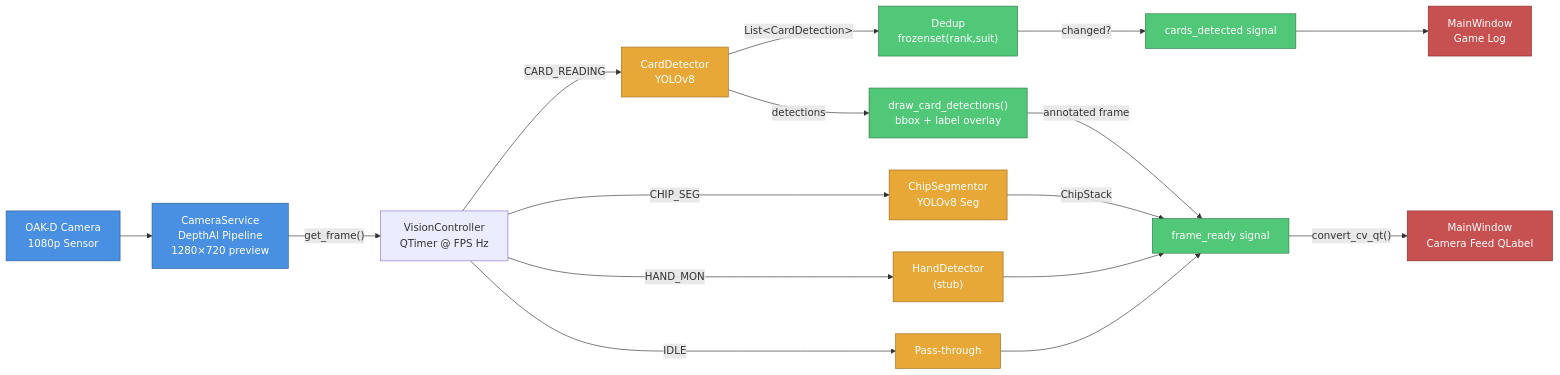
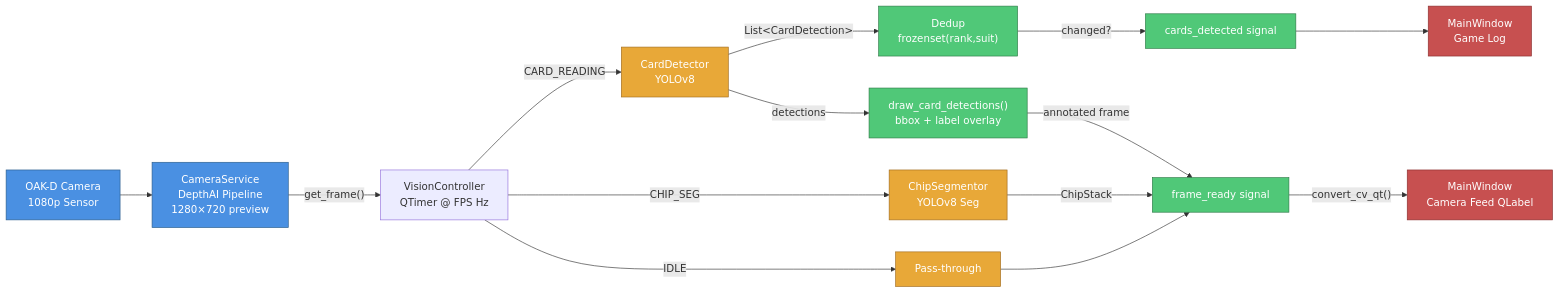
Before and after one commit to jalliet/prap-25-26: the diagram in docs/diagrams/vision-pipeline/vision-pipeline.mmd, drawn with Mermaid. The commit also changed 9 other files, not shown here.

Commit message:
feat: remove HandDetector, HAND_MONITORING mode, and all hand detection code

```diff
--- a/docs/diagrams/vision-pipeline/vision-pipeline.mmd
+++ b/docs/diagrams/vision-pipeline/vision-pipeline.mmd
@@ -1,49 +1,46 @@
 flowchart LR
     OAK["OAK-D Camera<br/>1080p Sensor"]
     CS["CameraService<br/>DepthAI Pipeline<br/>1280×720 preview"]
     VC["VisionController<br/>QTimer @ FPS Hz"]
 
     CD["CardDetector<br/>YOLOv8"]
     CHI["ChipSegmentor<br/>YOLOv8 Seg"]
-    HD["HandDetector<br/>(stub)"]
     PASS["Pass-through"]
 
     DEDUP["Dedup<br/>frozenset(rank,suit)"]
     DRAW["draw_card_detections()<br/>bbox + label overlay"]
 
     SIG_F["frame_ready signal"]
     SIG_C["cards_detected signal"]
 
     FEED["MainWindow<br/>Camera Feed QLabel"]
     LOG["MainWindow<br/>Game Log"]
 
     OAK --> CS
     CS -->|"get_frame()"| VC
 
     VC -->|"CARD_READING"| CD
     VC -->|"CHIP_SEG"| CHI
-    VC -->|"HAND_MON"| HD
     VC -->|"IDLE"| PASS
 
     CD -->|"List&lt;CardDetection&gt;"| DEDUP
     CD -->|"detections"| DRAW
     DRAW -->|"annotated frame"| SIG_F
 
     DEDUP -->|"changed?"| SIG_C
 
     CHI -->|"ChipStack"| SIG_F
-    HD --> SIG_F
     PASS --> SIG_F
 
     SIG_F -->|"convert_cv_qt()"| FEED
     SIG_C --> LOG
 
     classDef camera fill:#4A90E2,stroke:#2B5C8A,color:#fff
     classDef detect fill:#E8A838,stroke:#A06B1F,color:#fff
     classDef signal fill:#50C878,stroke:#2D7A47,color:#fff
     classDef ui fill:#C75050,stroke:#8A2D2D,color:#fff
 
     class OAK,CS camera
-    class CD,CHI,HD,PASS detect
+    class CD,CHI,PASS detect
     class SIG_F,SIG_C,DEDUP,DRAW signal
     class MW,FEED,LOG ui
```
